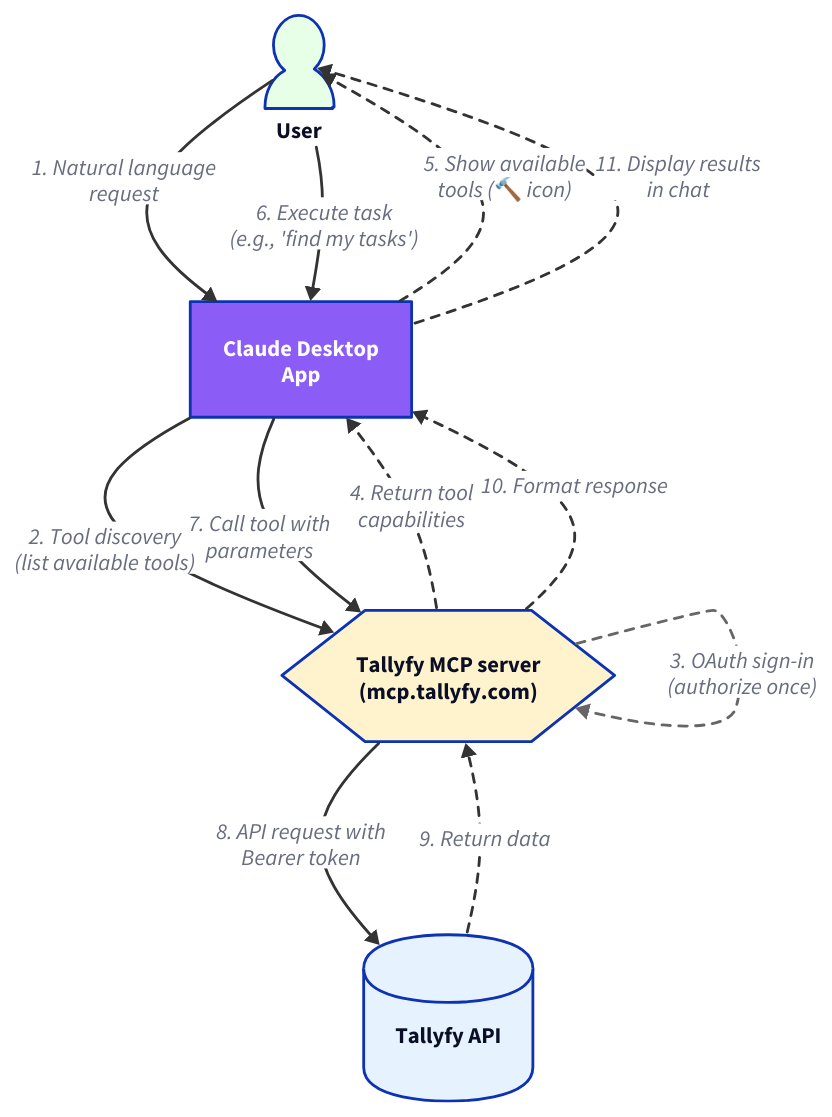
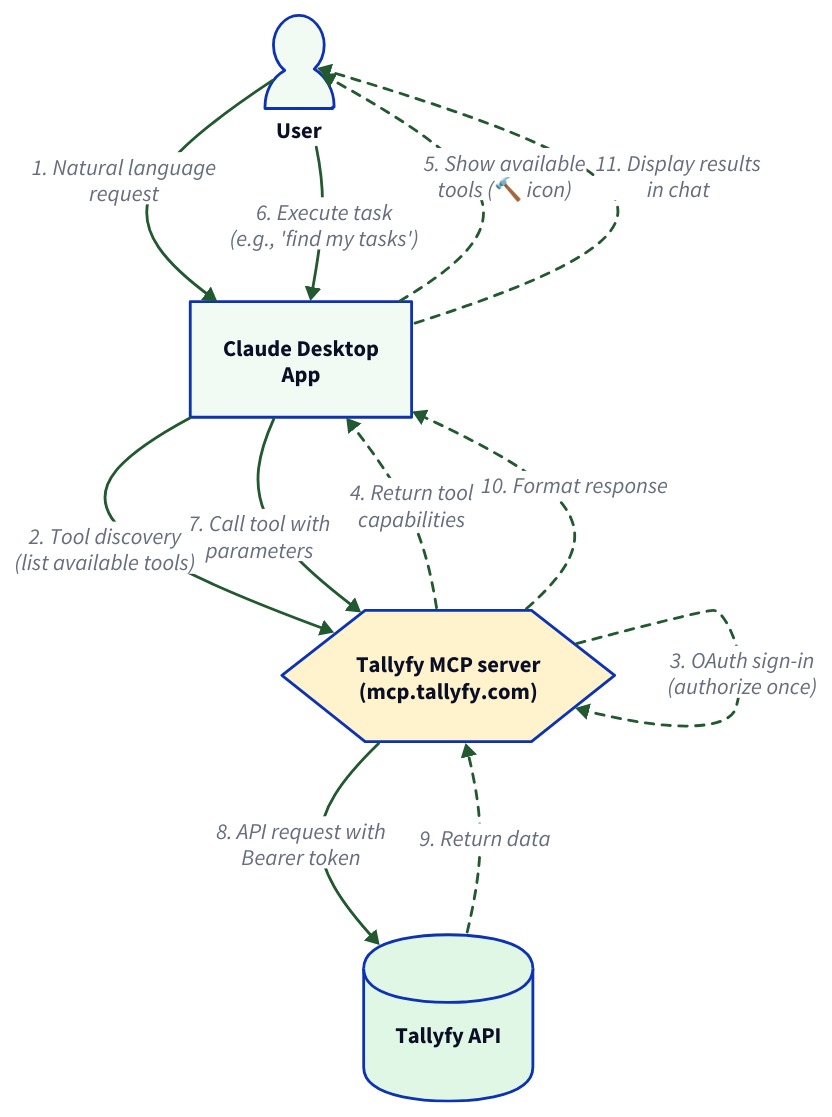
Before and after one commit to tallyfy/documentation: the diagram in src/content/docs/pro/integrations/mcp-server/claude-anthropic/index.mdx, drawn with D2. The commit also changed 66 other files, not shown here.

````diff
--- a/src/content/docs/pro/integrations/mcp-server/claude-anthropic/index.mdx
+++ b/src/content/docs/pro/integrations/mcp-server/claude-anthropic/index.mdx
@@ -77,76 +77,75 @@
 ```d2
 direction: down
 
 User: "User" {
   shape: person
-  style.fill: "#e6ffe6"
+  style.fill: "#f2faf4"
 }
 
 Claude: "Claude Desktop\nApp" {
   shape: rectangle
-  style.fill: "#8b5cf6"
-  style.font-color: "#fff"
+  style.fill: "#f2faf4"
 }
 
 MCP: "Tallyfy MCP server\n(mcp.tallyfy.com)" {
   shape: hexagon
   style.fill: "#fff3cd"
 }
 
 API: "Tallyfy API" {
   shape: cylinder
-  style.fill: "#e6f3ff"
+  style.fill: "#e1f7e6"
 }
 
 User -> Claude: "1. Natural language\nrequest" {
-  style.stroke: "#333"
+  style.stroke: "#225930"
 }
 
 Claude -> MCP: "2. Tool discovery\n(list available tools)" {
-  style.stroke: "#333"
+  style.stroke: "#225930"
 }
 
 MCP -> MCP: "3. OAuth sign-in\n(authorize once)" {
-  style.stroke: "#666"
+  style.stroke: "#225930"
   style.stroke-dash: 3
 }
 
 MCP -> Claude: "4. Return tool\ncapabilities" {
-  style.stroke: "#333"
+  style.stroke: "#225930"
   style.stroke-dash: 3
 }
 
 Claude -> User: "5. Show available\ntools (🔨 icon)" {
-  style.stroke: "#333"
+  style.stroke: "#225930"
   style.stroke-dash: 3
 }
 
 User -> Claude: "6. Execute task\n(e.g., 'find my tasks')" {
-  style.stroke: "#333"
+  style.stroke: "#225930"
   style.stroke-width: 2
 }
 
 Claude -> MCP: "7. Call tool with\nparameters" {
-  style.stroke: "#333"
+  style.stroke: "#225930"
 }
 
 MCP -> API: "8. API request with\nBearer token" {
-  style.stroke: "#333"
+  style.stroke: "#225930"
   style.stroke-width: 2
 }
 
 API -> MCP: "9. Return data" {
-  style.stroke: "#333"
+  style.stroke: "#225930"
   style.stroke-dash: 3
 }
 
 MCP -> Claude: "10. Format response" {
-  style.stroke: "#333"
+  style.stroke: "#225930"
   style.stroke-dash: 3
 }
 
 Claude -> User: "11. Display results\nin chat" {
-  style.stroke: "#333"
+  style.stroke: "#225930"
   style.stroke-dash: 3
 }
 ```
````
